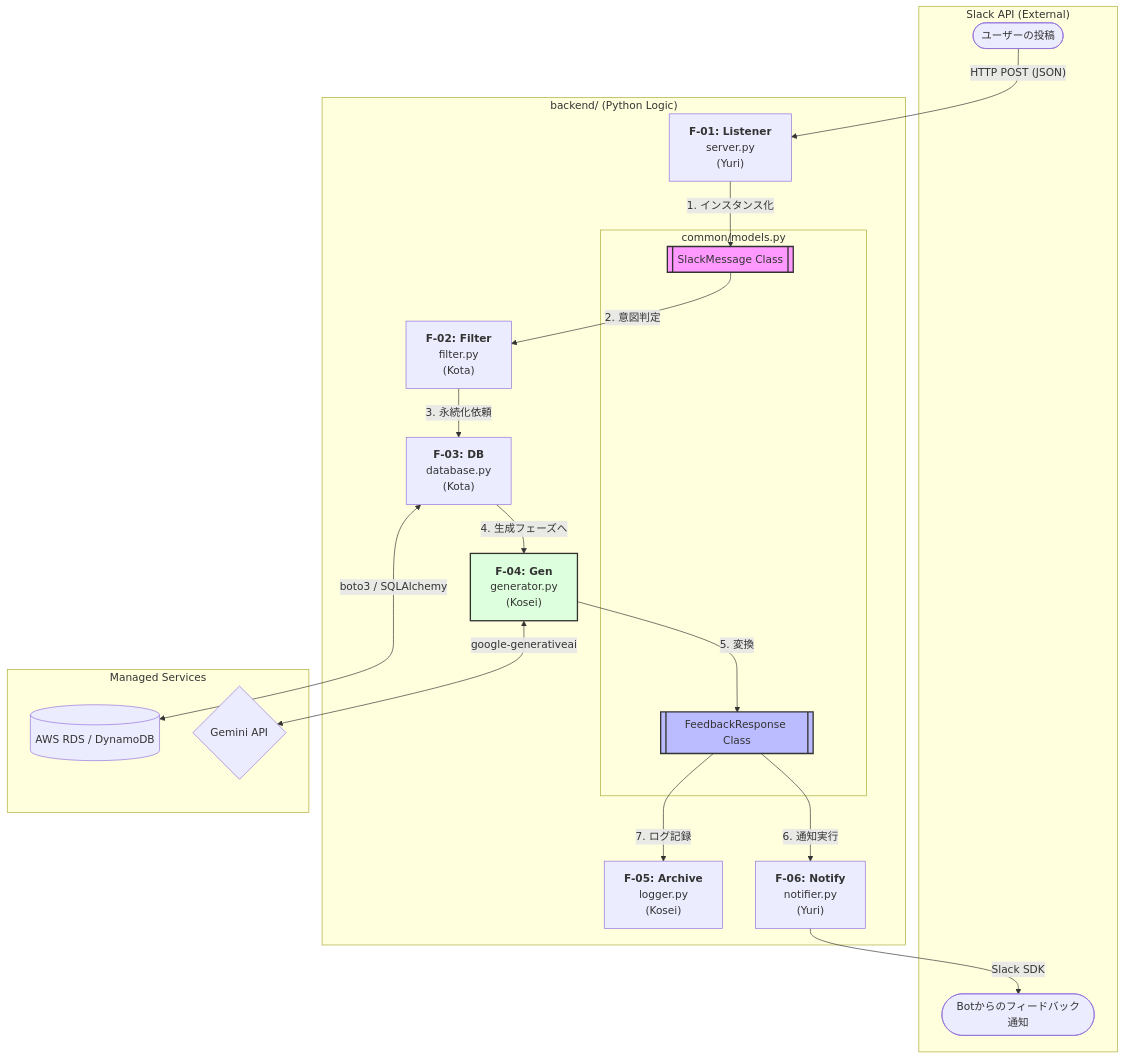
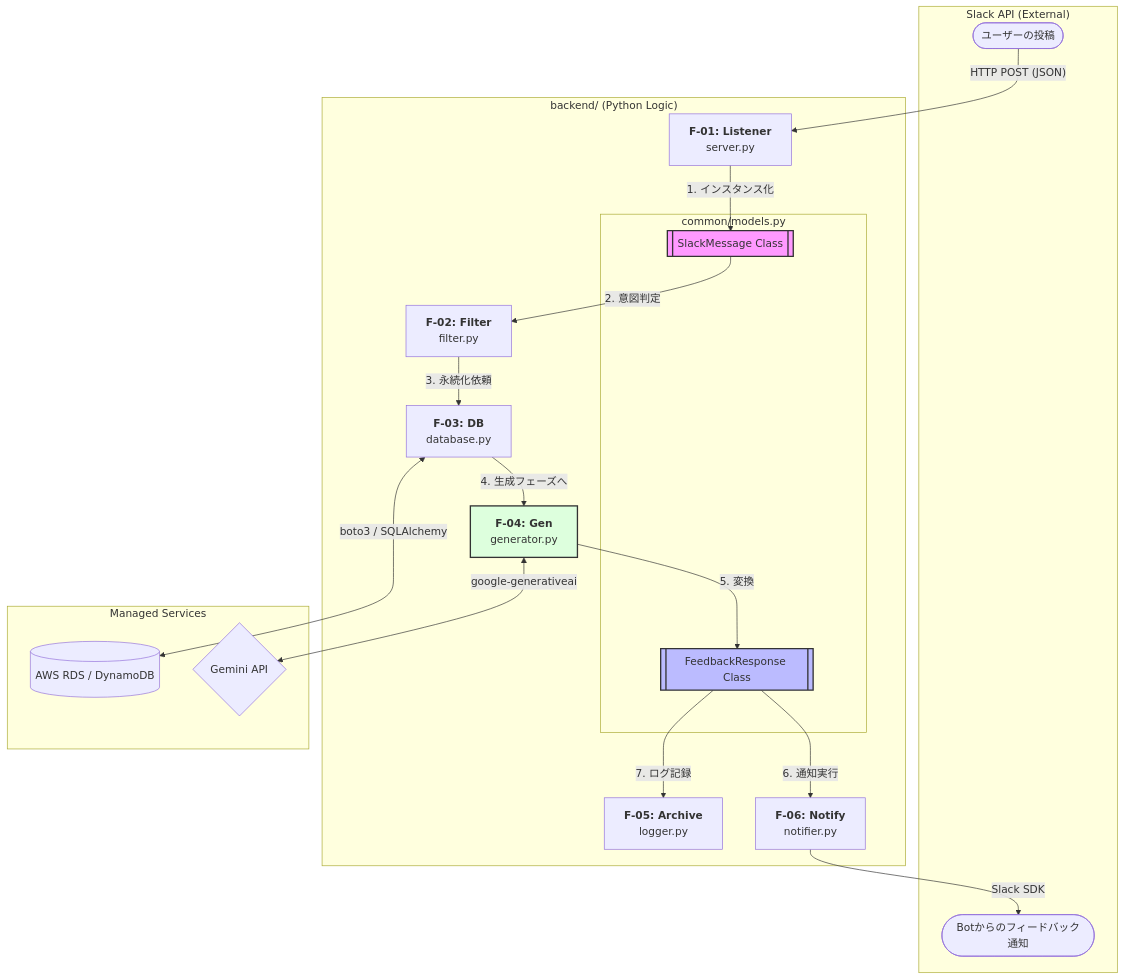
Before and after one commit to 1SI25031K/Chat-Assistant-for-e3sys: the diagram in README.md, drawn with Mermaid.

````diff
--- a/README.md
+++ b/README.md
@@ -169,54 +169,54 @@
 ```mermaid
 graph TD
     %% 外部プラットフォーム
     subgraph Slack_Workspace ["Slack API (External)"]
         UserEvent([ユーザーの投稿]) 
         BotNotice([Botからのフィードバック通知])
     end
 
     %% バックエンド全体
     subgraph Slacker_Backend ["backend/ (Python Logic)"]
         
         %% データクラス（設計の核）
         subgraph Models ["common/models.py"]
             SM[[SlackMessage Class]]
             FR[[FeedbackResponse Class]]
         end
 
         %% 各機能モジュール (ラベルを引用符で囲み安全に)
-        F01["<b>F-01: Listener</b><br/>server.py<br/>(Yuri)"]
-        F02["<b>F-02: Filter</b><br/>filter.py<br/>(Kota)"]
-        F03["<b>F-03: DB</b><br/>database.py<br/>(Kota)"]
-        F04["<b>F-04: Gen</b><br/>generator.py<br/>(Kosei)"]
-        F05["<b>F-05: Archive</b><br/>logger.py<br/>(Kosei)"]
-        F06["<b>F-06: Notify</b><br/>notifier.py<br/>(Yuri)"]
+        F01["<b>F-01: Listener</b><br/>server.py"]
+        F02["<b>F-02: Filter</b><br/>filter.py"]
+        F03["<b>F-03: DB</b><br/>database.py"]
+        F04["<b>F-04: Gen</b><br/>generator.py"]
+        F05["<b>F-05: Archive</b><br/>logger.py"]
+        F06["<b>F-06: Notify</b><br/>notifier.py"]
 
         %% 処理フロー
         UserEvent -->|"HTTP POST (JSON)"| F01
         F01 -->|"1. インスタンス化"| SM
         SM -->|"2. 意図判定"| F02
         F02 -->|"3. 永続化依頼"| F03
         F03 -->|"4. 生成フェーズへ"| F04
         
         F04 -->|"5. 変換"| FR
         FR -->|"6. 通知実行"| F06
         FR -->|"7. ログ記録"| F05
     end
 
     %% インフラ・外部サービス
     subgraph Cloud_Resources ["Managed Services"]
         AWS_DB[(AWS RDS / DynamoDB)]
         Gemini_API{Gemini API}
     end
 
     %% 外部連携
     F03 <-->|"boto3 / SQLAlchemy"| AWS_DB
     F04 <-->|"google-generativeai"| Gemini_API
     F06 -->|"Slack SDK"| BotNotice
 
     %% スタイル定義
     style SM fill:#f9f,stroke:#333,stroke-width:2px
     style FR fill:#bbf,stroke:#333,stroke-width:2px
     style F04 fill:#dfd,stroke:#333,stroke-width:2px
 
 ```
````
